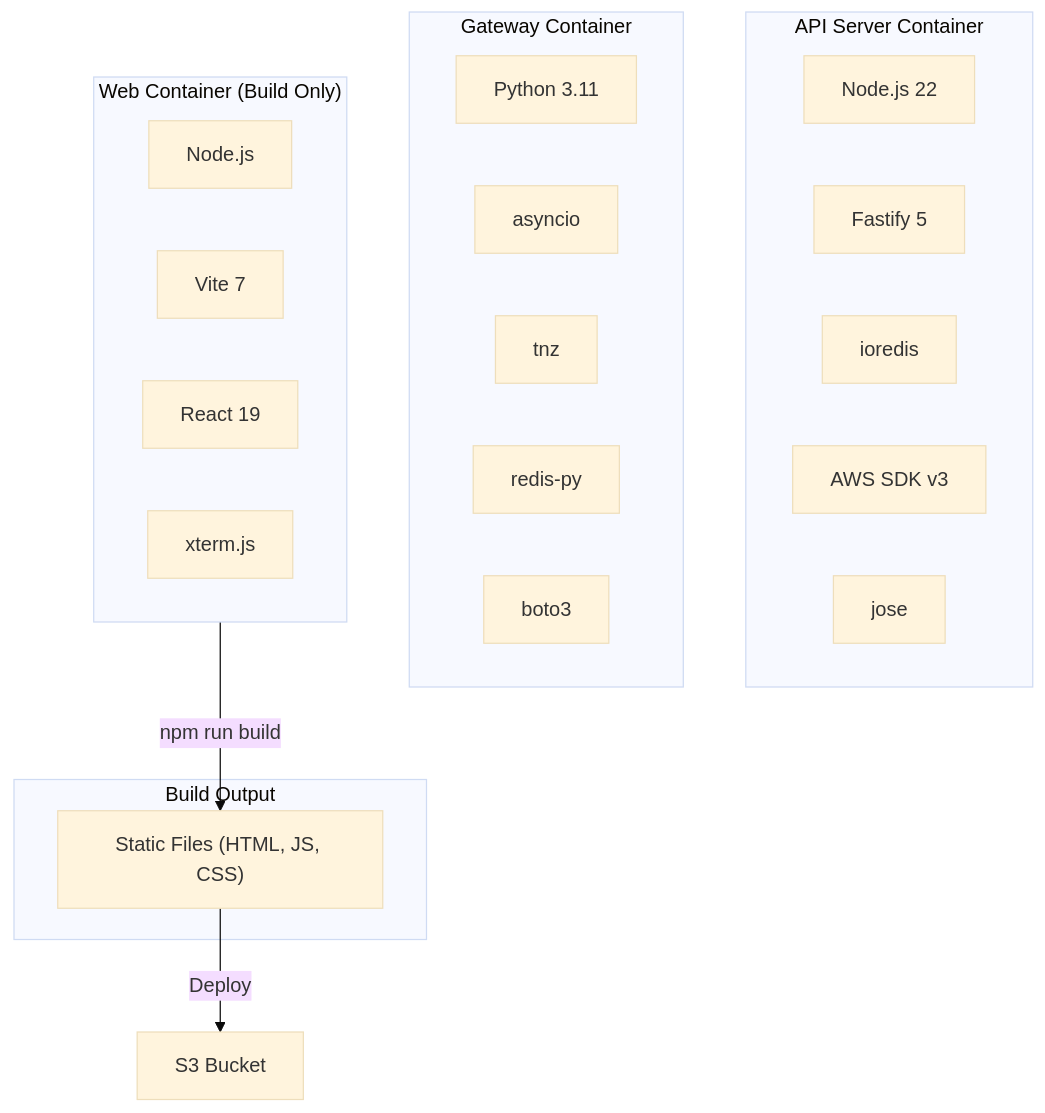
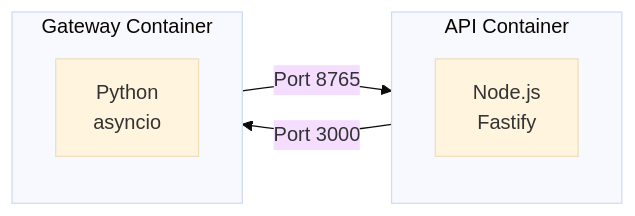
Diagram 11 of 13 in docs/diagrams.md (gurungabit/iast), drawn with Mermaid (base theme) before and after one commit. The commit also changed other lines of this file and 33 other files, not shown here.

````diff
--- a/docs/diagrams.md
+++ b/docs/diagrams.md
@@ -623,32 +365,13 @@
 ```mermaid
-flowchart TB
-    subgraph APIContainer["API Server Container"]
-        NodeJS["Node.js 22"]
-        Fastify["Fastify 5"]
-        IORedis["ioredis"]
-        AWSSDK["AWS SDK v3"]
-        Jose["jose"]
+flowchart LR
+    subgraph API_Container["API Container"]
+        Node["Node.js<br>Fastify"]
     end
-
-    subgraph GatewayContainer["Gateway Container"]
-        Python["Python 3.11"]
-        Asyncio["asyncio"]
-        TNZ["tnz"]
-        RedisPy["redis-py"]
-        Boto3["boto3"]
+    
+    subgraph Gateway_Container["Gateway Container"]
+        Python["Python<br>asyncio"]
     end
-
-    subgraph WebContainer["Web Container (Build Only)"]
-        Node["Node.js"]
-        Vite["Vite 7"]
-        React["React 19"]
-        XtermJS["xterm.js"]
-    end
-
-    subgraph Output["Build Output"]
-        StaticFiles["Static Files (HTML, JS, CSS)"]
-    end
-
-    WebContainer -->|"npm run build"| StaticFiles
-    StaticFiles -->|"Deploy"| S3["S3 Bucket"]
+    
+    API_Container -->|"Port 3000"| Gateway_Container
+    Gateway_Container -->|"Port 8765"| API_Container
 ```
````
